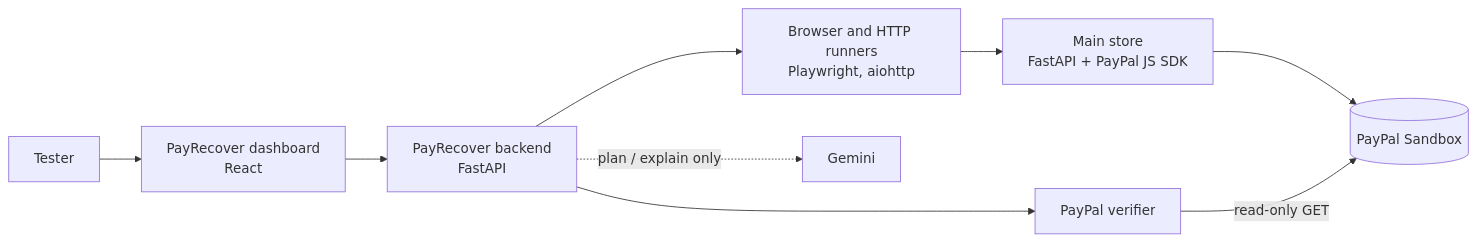
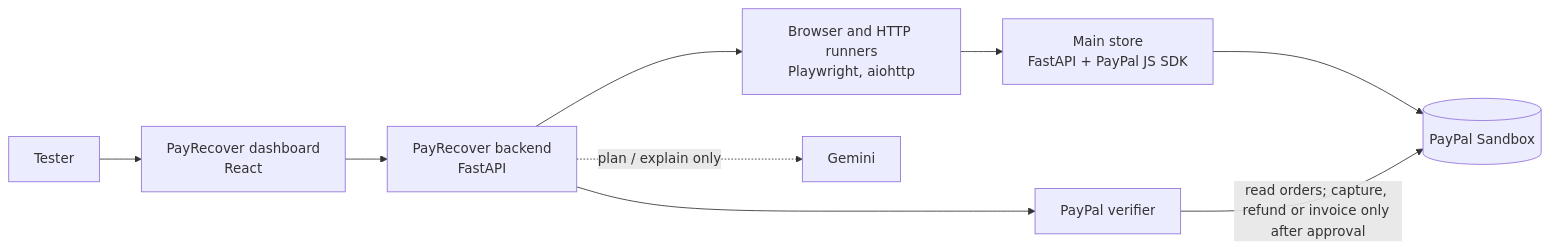
One commit to Aditya-Sharma23/PayRecover-AI changed the diagram in README.md. Above: the diagram before and after it, drawn with Mermaid. The commit also changed other lines of this file and 17 other files, not shown here.

````diff
--- a/README.md
+++ b/README.md
@@ -57,11 +78,11 @@
 ```mermaid
 flowchart LR
     U[Tester] --> D[PayRecover dashboard<br/>React]
     D --> B[PayRecover backend<br/>FastAPI]
     B --> R[Browser and HTTP runners<br/>Playwright, aiohttp]
     B --> P[PayPal verifier]
     B -. plan / explain only .-> G[Gemini]
     R --> S[Main store<br/>FastAPI + PayPal JS SDK]
     S --> PP[(PayPal Sandbox)]
-    P -- read-only GET --> PP
+    P -- read orders; capture, refund or invoice only after approval --> PP
 ```
````
